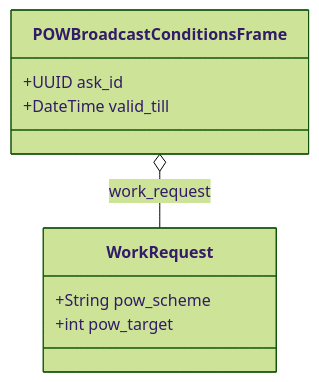
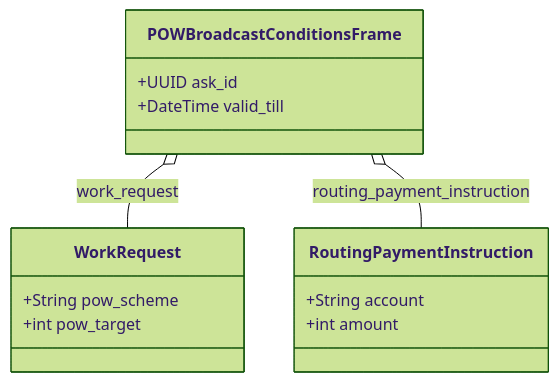
The fifth of 9 diagrams in whitepaper/protocol.md (DontTrustVerifyOrg/gig-gossip), drawn with Mermaid (forest theme) before and after one commit. The commit also changed other lines of this file and 1 other file, not shown here.

````diff
--- a/whitepaper/protocol.md
+++ b/whitepaper/protocol.md
@@ -159,12 +168,17 @@
 ```mermaid
 classDiagram
     class WorkRequest{
         +String pow_scheme
         +int pow_target
     }
+    class RoutingPaymentInstruction{
+        +String account
+        +int amount
+    }
     class POWBroadcastConditionsFrame{
         +UUID ask_id
         +DateTime valid_till
     }
     POWBroadcastConditionsFrame  o--  WorkRequest : work_request
+    POWBroadcastConditionsFrame  o--  RoutingPaymentInstruction : routing_payment_instruction
 ```
````
